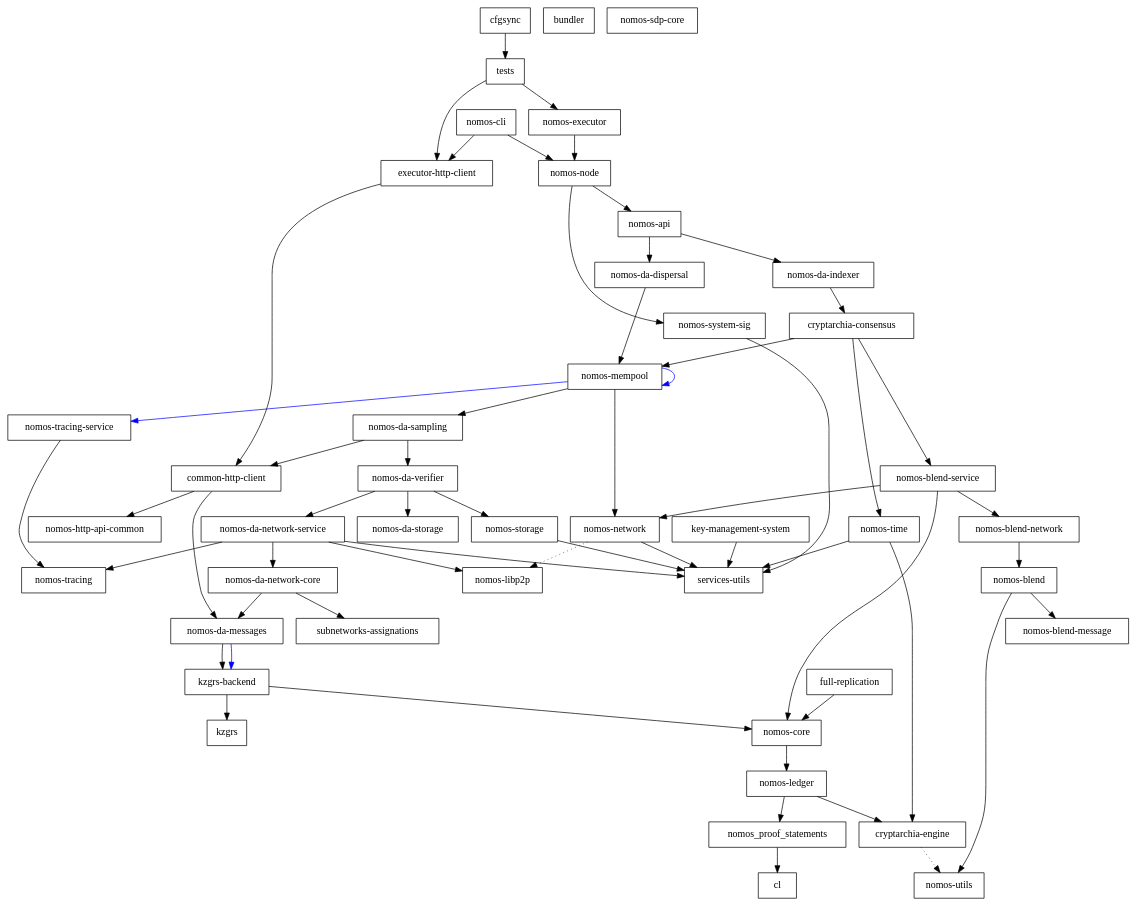
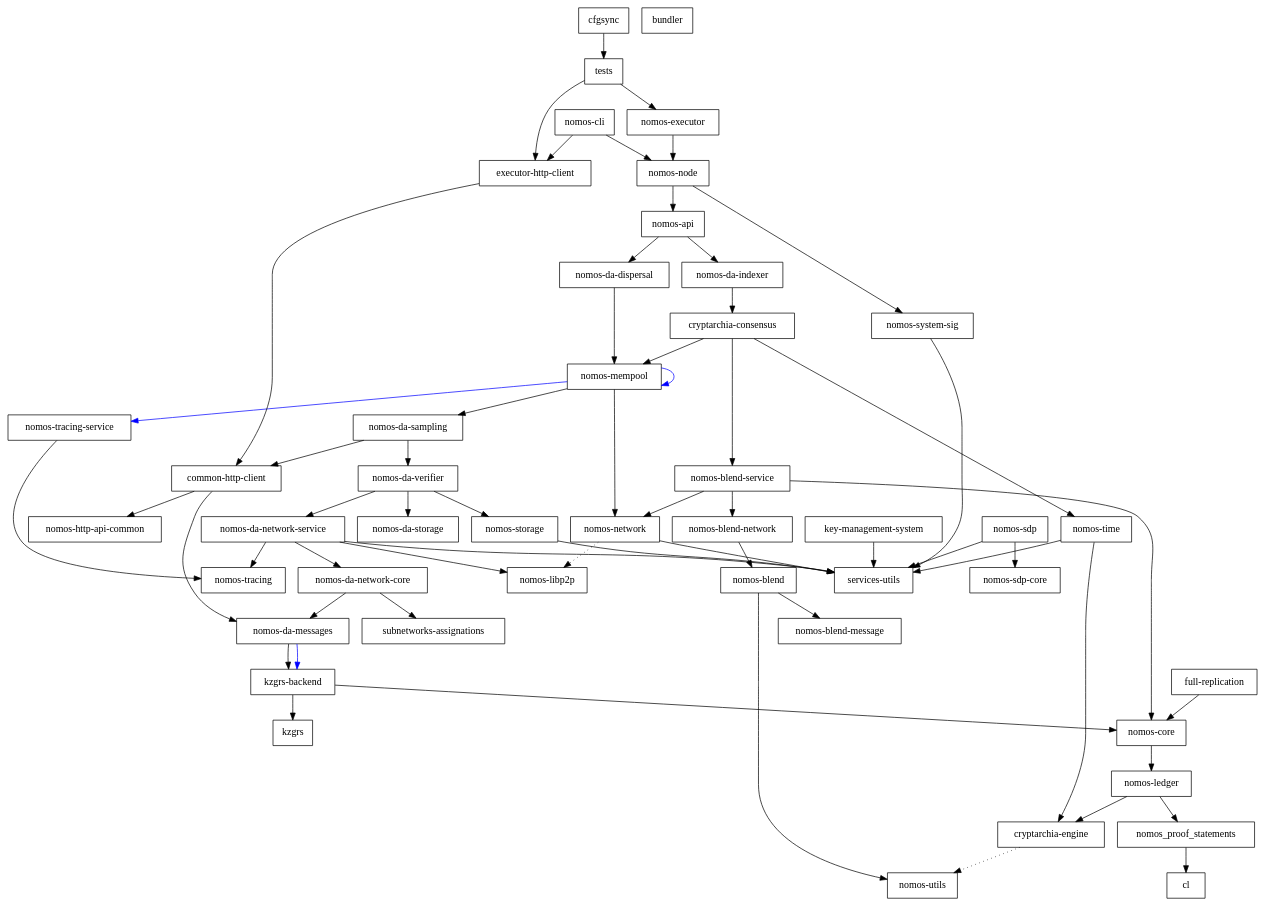
One commit to Astro521/logos-blockchain changed the diagram in dependencies_graph.dot. Above: the diagram before and after it, drawn with Graphviz. The commit also changed 16 other files, not shown here.

```diff
--- a/dependencies_graph.dot
+++ b/dependencies_graph.dot
@@ -1,103 +1,106 @@
 digraph {
     0 [ label = "cryptarchia-engine" shape = box]
     1 [ label = "nomos-utils" shape = box]
     2 [ label = "nomos-ledger" shape = box]
     3 [ label = "cl" shape = box]
     4 [ label = "nomos_proof_statements" shape = box]
     5 [ label = "nomos-http-api-common" shape = box]
     6 [ label = "nomos-executor" shape = box]
     7 [ label = "kzgrs-backend" shape = box]
     8 [ label = "kzgrs" shape = box]
     9 [ label = "nomos-core" shape = box]
     10 [ label = "nomos-api" shape = box]
     11 [ label = "cryptarchia-consensus" shape = box]
     12 [ label = "nomos-blend-service" shape = box]
     13 [ label = "nomos-blend" shape = box]
     14 [ label = "nomos-blend-message" shape = box]
     15 [ label = "nomos-blend-network" shape = box]
     16 [ label = "nomos-libp2p" shape = box]
     17 [ label = "nomos-network" shape = box]
     18 [ label = "services-utils" shape = box]
     19 [ label = "nomos-da-sampling" shape = box]
     20 [ label = "common-http-client" shape = box]
     21 [ label = "nomos-da-messages" shape = box]
     22 [ label = "nomos-da-network-core" shape = box]
     23 [ label = "subnetworks-assignations" shape = box]
     24 [ label = "nomos-da-network-service" shape = box]
     25 [ label = "nomos-tracing" shape = box]
     26 [ label = "nomos-da-storage" shape = box]
     27 [ label = "nomos-da-verifier" shape = box]
     28 [ label = "nomos-storage" shape = box]
     29 [ label = "nomos-mempool" shape = box]
     30 [ label = "nomos-tracing-service" shape = box]
     31 [ label = "nomos-time" shape = box]
     32 [ label = "nomos-da-dispersal" shape = box]
     33 [ label = "nomos-da-indexer" shape = box]
     34 [ label = "nomos-node" shape = box]
     35 [ label = "nomos-system-sig" shape = box]
     36 [ label = "executor-http-client" shape = box]
     37 [ label = "bundler" shape = box]
     38 [ label = "nomos-cli" shape = box]
     39 [ label = "full-replication" shape = box]
     40 [ label = "nomos-sdp-core" shape = box]
     41 [ label = "key-management-system" shape = box]
-    42 [ label = "cfgsync" shape = box]
-    43 [ label = "tests" shape = box]
+    42 [ label = "nomos-sdp" shape = box]
+    43 [ label = "cfgsync" shape = box]
+    44 [ label = "tests" shape = box]
     0 -> 1 [ style = dotted]
     2 -> 0 [ ]
     2 -> 4 [ ]
     4 -> 3 [ ]
     6 -> 34 [ ]
     7 -> 8 [ ]
     7 -> 9 [ ]
     9 -> 2 [ ]
     10 -> 32 [ ]
     10 -> 33 [ ]
     11 -> 12 [ ]
     11 -> 29 [ ]
     11 -> 31 [ ]
     12 -> 15 [ ]
     12 -> 9 [ ]
     12 -> 17 [ ]
     13 -> 14 [ ]
     13 -> 1 [ ]
     15 -> 13 [ ]
     17 -> 16 [ style = dotted]
     17 -> 18 [ ]
     19 -> 20 [ ]
     19 -> 27 [ ]
     20 -> 21 [ ]
     20 -> 5 [ ]
     21 -> 7 [ ]
     21 -> 7 [ color = blue]
     22 -> 21 [ ]
     22 -> 23 [ ]
     24 -> 22 [ ]
     24 -> 16 [ ]
     24 -> 25 [ ]
     24 -> 18 [ ]
     27 -> 24 [ ]
     27 -> 26 [ ]
     27 -> 28 [ ]
     28 -> 18 [ ]
     29 -> 19 [ ]
     29 -> 29 [ color = blue]
     29 -> 17 [ ]
     29 -> 30 [ color = blue]
     30 -> 25 [ ]
     31 -> 0 [ ]
     31 -> 18 [ ]
     32 -> 29 [ ]
     33 -> 11 [ ]
     34 -> 10 [ ]
     34 -> 35 [ ]
     35 -> 18 [ ]
     36 -> 20 [ ]
     38 -> 36 [ ]
     38 -> 34 [ ]
     39 -> 9 [ ]
     41 -> 18 [ ]
-    42 -> 43 [ ]
-    43 -> 36 [ ]
-    43 -> 6 [ ]
+    42 -> 40 [ ]
+    42 -> 18 [ ]
+    43 -> 44 [ ]
+    44 -> 36 [ ]
+    44 -> 6 [ ]
 }
```
